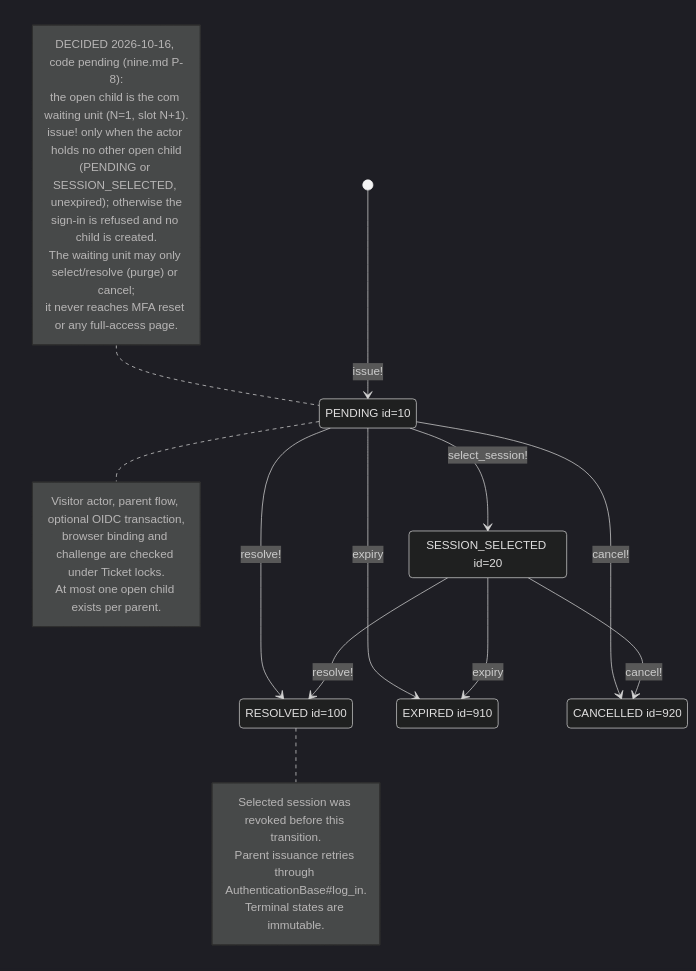
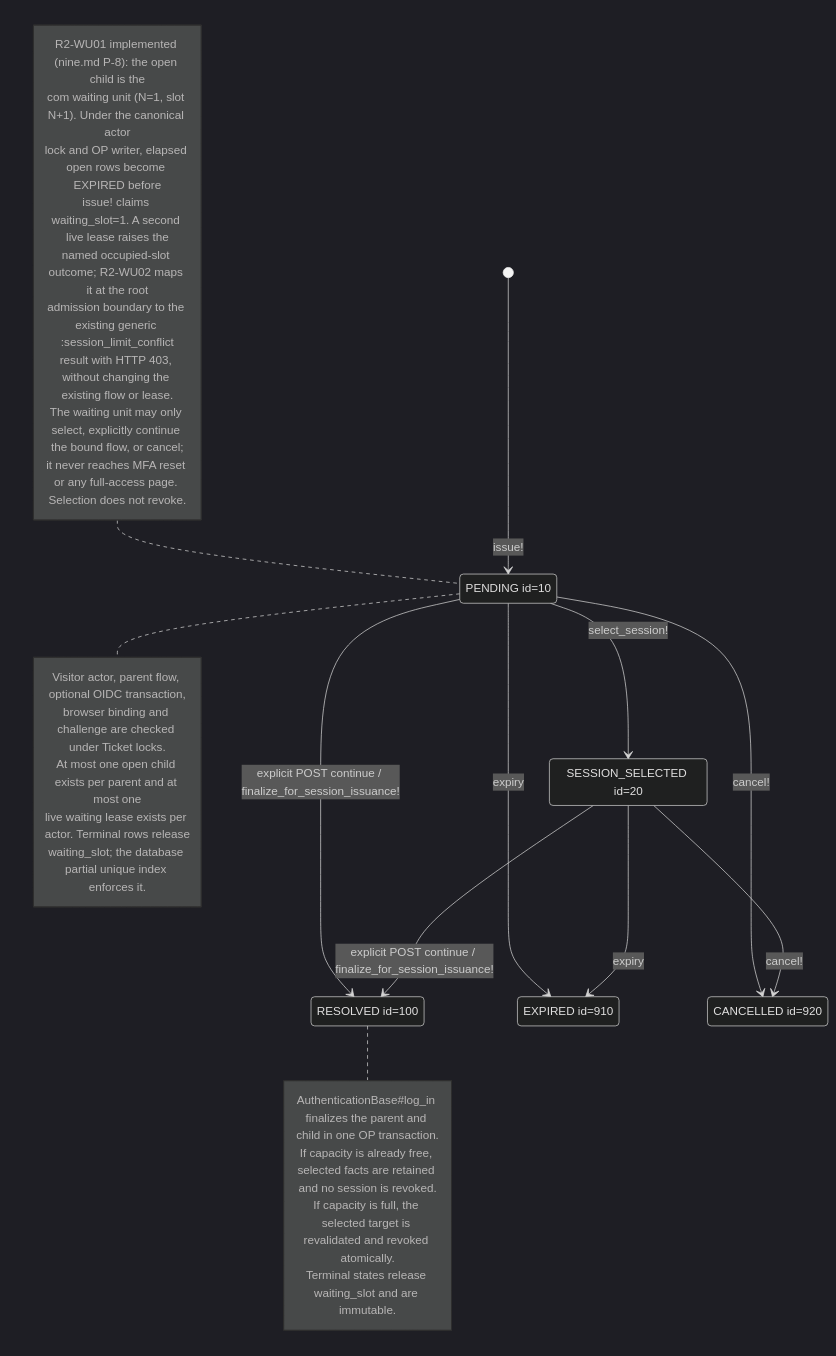
The diagram in docs/mermaid/idp-visitor-session-limit-resolution.mmd (seahal/umaxica-apps-jit-global), drawn with Mermaid (dark theme) before and after one commit. The commit also changed 1700 other files, not shown here.

```diff
--- a/docs/mermaid/idp-visitor-session-limit-resolution.mmd
+++ b/docs/mermaid/idp-visitor-session-limit-resolution.mmd
@@ -1,36 +1,41 @@
 stateDiagram-v2
     %% Durable child of VisitorSignInFlow; the parent stays SESSION_ISSUANCE_PENDING.
     state "PENDING id=10" as PENDING
     state "SESSION_SELECTED id=20" as SESSION_SELECTED
     state "RESOLVED id=100" as RESOLVED
     state "EXPIRED id=910" as EXPIRED
     state "CANCELLED id=920" as CANCELLED
 
     [*] --> PENDING: issue!
     PENDING --> SESSION_SELECTED: select_session!
-    PENDING --> RESOLVED: resolve!
+    PENDING --> RESOLVED: explicit POST continue / finalize_for_session_issuance!
     PENDING --> EXPIRED: expiry
     PENDING --> CANCELLED: cancel!
-    SESSION_SELECTED --> RESOLVED: resolve!
+    SESSION_SELECTED --> RESOLVED: explicit POST continue / finalize_for_session_issuance!
     SESSION_SELECTED --> EXPIRED: expiry
     SESSION_SELECTED --> CANCELLED: cancel!
 
     note right of PENDING
         Visitor actor, parent flow, optional OIDC transaction,
         browser binding and challenge are checked under Ticket locks.
-        At most one open child exists per parent.
+        At most one open child exists per parent and at most one
+        live waiting lease exists per actor. Terminal rows release
+        waiting_slot; the database partial unique index enforces it.
     end note
     note left of PENDING
-        DECIDED 2026-10-16, code pending (nine.md P-8):
-        the open child is the com waiting unit (N=1, slot N+1).
-        issue! only when the actor holds no other open child
-        (PENDING or SESSION_SELECTED, unexpired); otherwise the
-        sign-in is refused and no child is created.
-        The waiting unit may only select/resolve (purge) or cancel;
-        it never reaches MFA reset or any full-access page.
+        R2-WU01 implemented (nine.md P-8): the open child is the
+        com waiting unit (N=1, slot N+1). Under the canonical actor
+        lock and OP writer, elapsed open rows become EXPIRED before
+        issue! claims waiting_slot=1. A second live lease raises the
+        named occupied-slot outcome; R2-WU02 maps it at the root
+        admission boundary to the existing generic :session_limit_conflict
+        result with HTTP 403, without changing the existing flow or lease.
+        The waiting unit may only select, explicitly continue the bound flow, or cancel;
+        it never reaches MFA reset or any full-access page. Selection does not revoke.
     end note
     note right of RESOLVED
-        Selected session was revoked before this transition.
-        Parent issuance retries through AuthenticationBase#log_in.
-        Terminal states are immutable.
+        AuthenticationBase#log_in finalizes the parent and child in one OP transaction.
+        If capacity is already free, selected facts are retained and no session is revoked.
+        If capacity is full, the selected target is revalidated and revoked atomically.
+        Terminal states release waiting_slot and are immutable.
     end note
```
